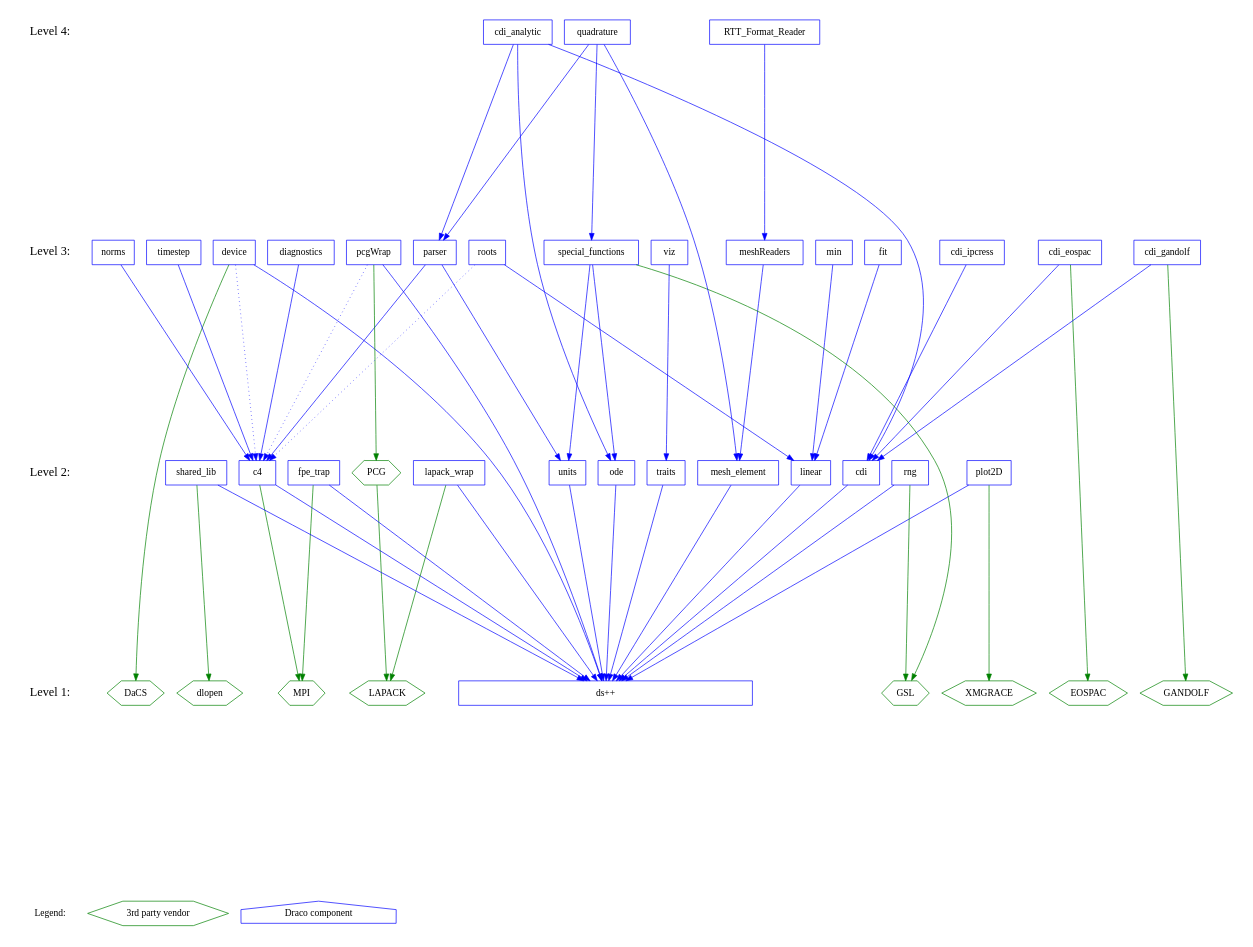
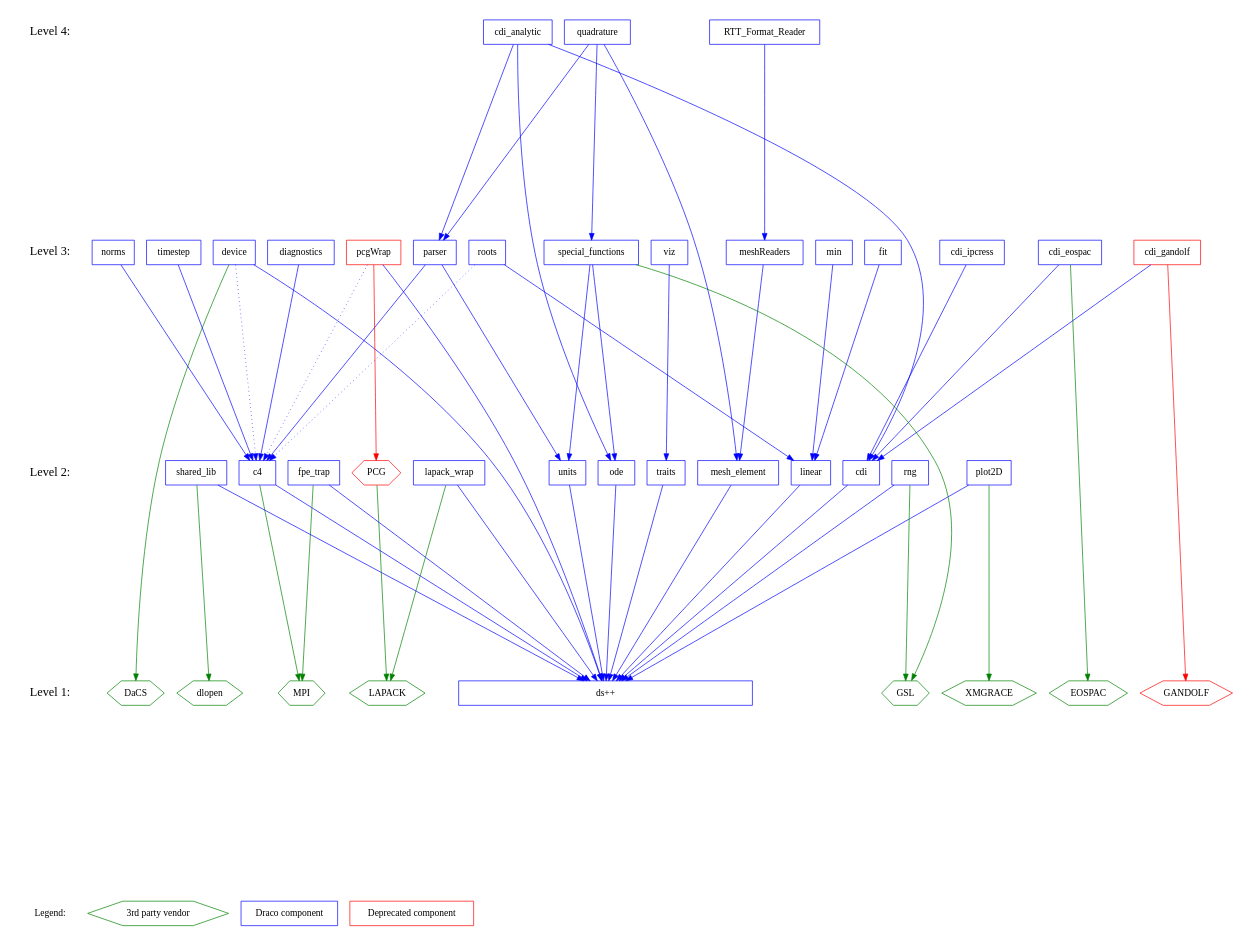
The diagram in doc/design/level.dot (warsa/Draco), drawn with Graphviz before and after one commit. The commit also changed 1 other file, not shown here.

Commit message:
+ Note that cdi_gandolf and pcgWrap are deprecated components.

```diff
--- a/doc/design/level.dot
+++ b/doc/design/level.dot
@@ -1,140 +1,141 @@
 digraph draco_level {
     /* graph attributes */
     center=1;
     size="7.5,10";
     ranksep=4;
     
     /* levels */
     legend [shape=plaintext, label="Legend:", fontsize=14];
     level1 [shape=plaintext, label="Level 1:", fontsize=18];
     level2 [shape=plaintext, label="Level 2:", fontsize=18];
     level3 [shape=plaintext, label="Level 3:", fontsize=18];
     level4 [shape=plaintext, label="Level 4:", fontsize=18];
 /*     level5 [shape=plaintext, label="Level 5:", fontsize=18]; */
 /*    level6 [shape=plaintext, label="Level 6:", fontsize=18]; */
     
     /* level6 -> level5 -> */
     level4 -> level3 -> level2 -> level1 -> legend [style=invis];
     
     /* packages */
 
     /* legend */
     leg_vendor [shape=box, label="3rd party vendor", color=green, shape=hexagon];
-    leg_draco  [shape=box, label="Draco component",  color=blue,  shape=house ];
+    leg_draco  [shape=box, label="Draco component",  color=blue,  shape=box ];
+    leg_depre  [shape=box, label="Deprecated component", color=red,  shape=box ];
 
     /* level 1 */
     vdlopen    [shape=hexagon, color=green, label="dlopen"];
     veospac    [shape=hexagon, color=green, label="EOSPAC"];
-    vgandolf   [shape=hexagon, color=green, label="GANDOLF"];
+    vgandolf   [shape=hexagon, color=red  , label="GANDOLF"];
     vgrace     [shape=hexagon, color=green, label="XMGRACE"];
     vlapack    [shape=hexagon, color=green, label="LAPACK"];
     vmpi       [shape=hexagon, color=green, label="MPI"];
     vdacs      [shape=hexagon, color=green, label="DaCS"];
         
     dsxx [shape=box, color=blue, label="ds++", width=6];
     
     /* level 2 */
     vgsl       [shape=hexagon, color=green, label="GSL"];
-    vpcg       [shape=hexagon, color=green, label="PCG"];
+    vpcg       [shape=hexagon, color=red, label="PCG"];
 
     c4         [shape=box, color=blue, label="c4"];
     cdi        [shape=box, color=blue, label="cdi"];
     fpetrap    [shape=box, color=blue, label="fpe_trap"];
     lapack     [shape=box, color=blue, label="lapack_wrap"];
     linear     [shape=box, color=blue, label="linear"];
     meshelement [shape=box, color=blue, label="mesh_element"];
     ode        [shape=box, color=blue, label="ode"];
     plot       [shape=box, color=blue, label="plot2D"];
     rng        [shape=box, color=blue, label="rng"];
     shlib      [shape=box, color=blue, label="shared_lib"];
     traits     [shape=box, color=blue, label="traits"];
     units      [shape=box, color=blue, label="units"];
         
     /* level 3 */
     device    [shape=box, color=blue, label="device"];
     cdieos    [shape=box, color=blue, label="cdi_eospac"];
-    cdigan    [shape=box, color=blue, label="cdi_gandolf"];
+    cdigan    [shape=box, color=red, label="cdi_gandolf"];
     cdiip     [shape=box, color=blue, label="cdi_ipcress"];
     diagnostics [shape=box, color=blue, label="diagnostics"];
     fit       [shape=box, color=blue, label="fit"];
     meshread  [shape=box, color=blue, label="meshReaders"];
     min       [shape=box, color=blue, label="min"];
     norms     [shape=box, color=blue, label="norms"];
     parser    [shape=box, color=blue, label="parser"];
-    pcg       [shape=box, color=blue, label="pcgWrap"];
+    pcg       [shape=box, color=red, label="pcgWrap"];
     roots     [shape=box, color=blue, label="roots"];
     sf        [shape=box, color=blue, label="special_functions"];
     timestep  [shape=box, color=blue, label="timestep"];
     viz       [shape=box, color=blue, label="viz"];
     
     /* level 4 */
     cdianal   [shape=box, color=blue, label="cdi_analytic"];
     quad      [shape=box, color=blue, label="quadrature"];
     rttread   [shape=box, color=blue, label="RTT_Format_Reader"];
     
     /* dependencies */
-    {rank=same; legend leg_vendor leg_draco};
+    {rank=same; legend leg_vendor leg_draco leg_depre};
     {rank=same; level1 dsxx vlapack vmpi veospac vgandolf vgrace vdlopen vgsl vdacs};
     {rank=same; level2 shlib plot lapack traits c4 fpetrap units cdi vpcg ode linear};
     {rank=same; level3 viz timestep cdieos cdigan pcg meshread parser sf};
     {rank=same; level4 rttread quad};
     
     /* draco packages */
 
     /* NOTE:  hidden dependencies are in comments at the end of each line.
      * For example if a package depends on c4 it implicitly depends on dsxx
      * as well.  The dependency on dsxx is not shown explicitly on the
      * graph. 
     
     /* level 2 */
     c4          -> {dsxx}        [color=blue];
     c4          -> {vmpi}        [color=green];
     cdi         -> {dsxx}        [color=blue];
     fpetrap     -> {dsxx}        [color=blue];
     fpetrap     -> {vmpi}        [color=green];
     lapack      -> {dsxx}        [color=blue];
     lapack      -> {vlapack}     [color=green];
     linear      -> {dsxx}        [color=blue];
     meshelement -> {dsxx}        [color=blue];
     ode         -> {dsxx}        [color=blue];
     plot        -> {dsxx}        [color=blue];
     plot        -> {vgrace}      [color=green];
     rng         -> {dsxx}        [color=blue];
     rng         -> {vgsl}        [color=green];
     shlib       -> {dsxx}        [color=blue];
     shlib       -> {vdlopen}     [color=green];
     traits      -> {dsxx}        [color=blue];
     units       -> {dsxx}        [color=blue];
     vpcg        -> {vlapack}     [color=green];
     
     /* level 3 */
     device      -> {dsxx}        [color=blue];
     device      -> {c4}          [color=blue, style=dotted];
     device      -> {vdacs}       [color=green];
     cdieos      -> {cdi}         [color=blue];
     cdieos      -> {veospac}     [color=green]; 
     cdigan      -> {cdi}         [color=blue]; 
-    cdigan      -> {vgandolf}    [color=green];
+    cdigan      -> {vgandolf}    [color=red];
     cdiip       -> {cdi}         [color=blue];
     diagnostics -> {c4}          [color=blue];
     fit         -> {linear}      [color=blue];
     meshread    -> {meshelement} [color=blue];
     min         -> {linear}      [color=blue];
     norms       -> {c4}          [color=blue];
     parser      -> {c4 units}    [color=blue];
     pcg         -> {c4}          [color=blue style=dotted];
     pcg         -> {dsxx}        [color=blue];
-    pcg         -> {vpcg}        [color=green];
+    pcg         -> {vpcg}        [color=red];
     roots       -> {linear}      [color=blue];
     roots       -> {c4}          [color=blue, style=dotted];
     sf          -> {units ode}   [color=blue];
     sf          -> {vgsl}        [color=green];
     timestep    -> {c4}          [color=blue];
     viz         -> {traits}      [color=blue];
 
     /* level 4 */
     cdianal     -> {parser cdi ode}        [color=blue];
     quad        -> {sf meshelement parser} [color=blue];
     rttread     -> {meshread}              [color=blue];
 
 }
```
